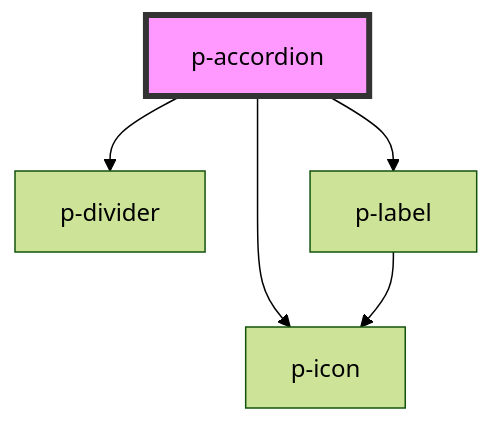
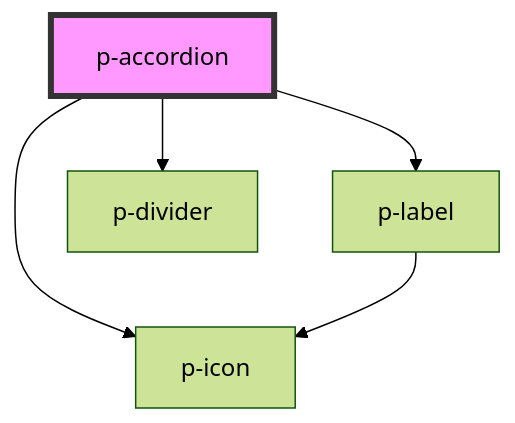
Before and after one commit to Employes/Paperless: the diagram in packages/core/src/components/molecules/accordion/readme.md, drawn with Mermaid (forest theme). The commit also changed other lines of this file and 3 other files, not shown here.

````diff
--- a/packages/core/src/components/molecules/accordion/readme.md
+++ b/packages/core/src/components/molecules/accordion/readme.md
@@ -38,8 +38,8 @@
 ```mermaid
 graph TD;
   p-accordion --> p-icon
+  p-accordion --> p-label
   p-accordion --> p-divider
-  p-accordion --> p-label
   p-label --> p-icon
   style p-accordion fill:#f9f,stroke:#333,stroke-width:4px
 ```
````
